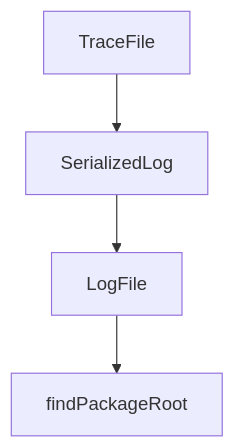
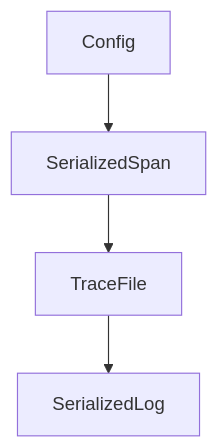
Before and after one commit to johnxie/awesome-code-docs: the diagram in tutorials/codemachine-cli-tutorial/04-multi-agent-and-parallel-execution.md, drawn with Mermaid. The commit also changed other lines of this file and 1232 other files, not shown here.

````diff
--- a/tutorials/codemachine-cli-tutorial/04-multi-agent-and-parallel-execution.md
+++ b/tutorials/codemachine-cli-tutorial/04-multi-agent-and-parallel-execution.md
@@ -199,10 +197,10 @@
 ```mermaid
 flowchart TD
-    A[TraceFile]
-    B[SerializedLog]
-    C[LogFile]
-    D[findPackageRoot]
+    A[Config]
+    B[SerializedSpan]
+    C[TraceFile]
+    D[SerializedLog]
     A --> B
     B --> C
     C --> D
 ```
````
